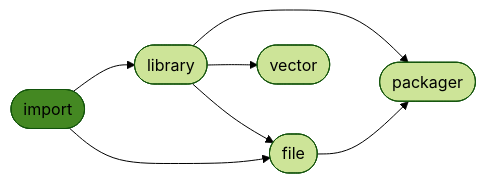
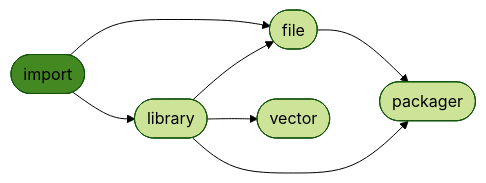
One commit to ManderaGeneral/generalimport changed the diagram in README.md. Above: the diagram before and after it, drawn with Mermaid (forest theme). The commit also changed other lines of this file and 1 other file, not shown here.

````diff
--- a/README.md
+++ b/README.md
@@ -28,15 +28,15 @@
 ```mermaid
 flowchart LR
+2([file]) --> 4([packager])
+1([library]) --> 2([file])
+1([library]) --> 3([vector])
 1([library]) --> 4([packager])
+0([import]) --> 2([file])
 0([import]) --> 1([library])
-1([library]) --> 3([vector])
-1([library]) --> 2([file])
-2([file]) --> 4([packager])
-0([import]) --> 2([file])
 click 0 "https://github.com/ManderaGeneral/generalimport"
 click 1 "https://github.com/ManderaGeneral/generallibrary"
 click 2 "https://github.com/ManderaGeneral/generalfile"
 click 3 "https://github.com/ManderaGeneral/generalvector"
 click 4 "https://github.com/ManderaGeneral/generalpackager"
 style 0 fill:#482
 ```
````
